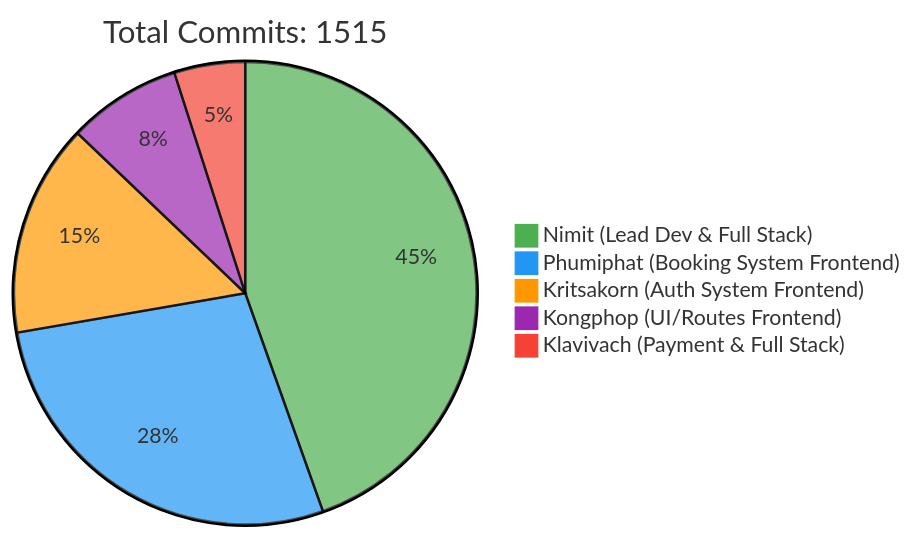
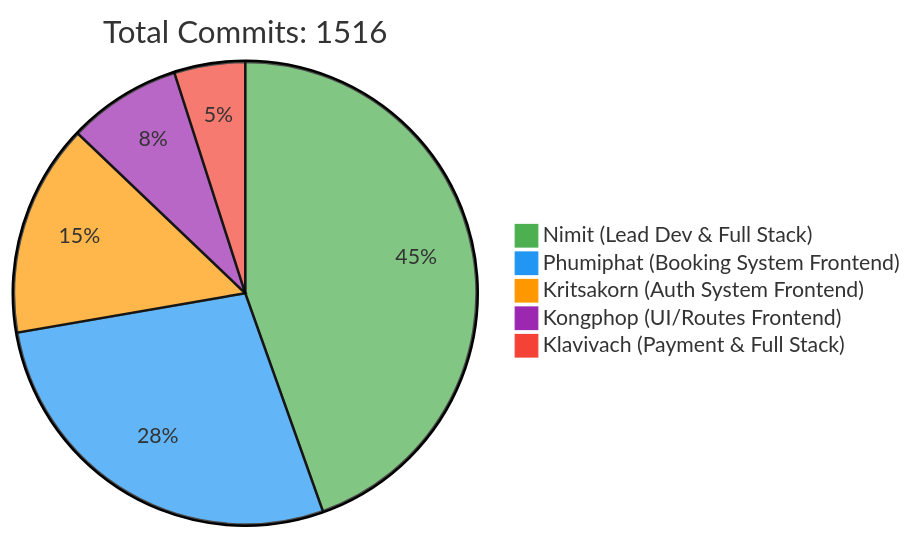
One commit to 6531503042/Sport-Complex changed the first of 2 diagrams in README.md. Above: the diagram before and after it, drawn with Mermaid. The commit also changed other lines of this file, not shown here.

Commit message:
docs: Update contributor statistics [skip ci]

````diff
--- a/README.md
+++ b/README.md
@@ -257,10 +257,10 @@
 ```mermaid
 %%{init: {'theme': 'base', 'themeVariables': { 'pie1': '#4CAF50', 'pie2': '#2196F3', 'pie3': '#FF9800', 'pie4': '#9C27B0', 'pie5': '#F44336'}}}%%
 pie
-    title Total Commits: 1515
+    title Total Commits: 1516
     "Nimit (Lead Dev & Full Stack)" : 450
     "Phumiphat (Booking System Frontend)" : 280
     "Kritsakorn (Auth System Frontend)" : 150
     "Kongphop (UI/Routes Frontend)" : 80
     "Klavivach (Payment & Full Stack)" : 50
 ```
````
